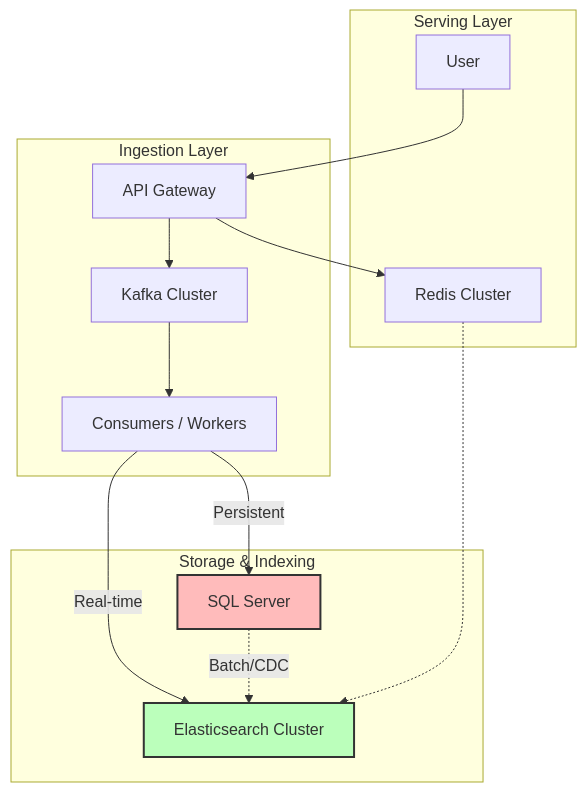
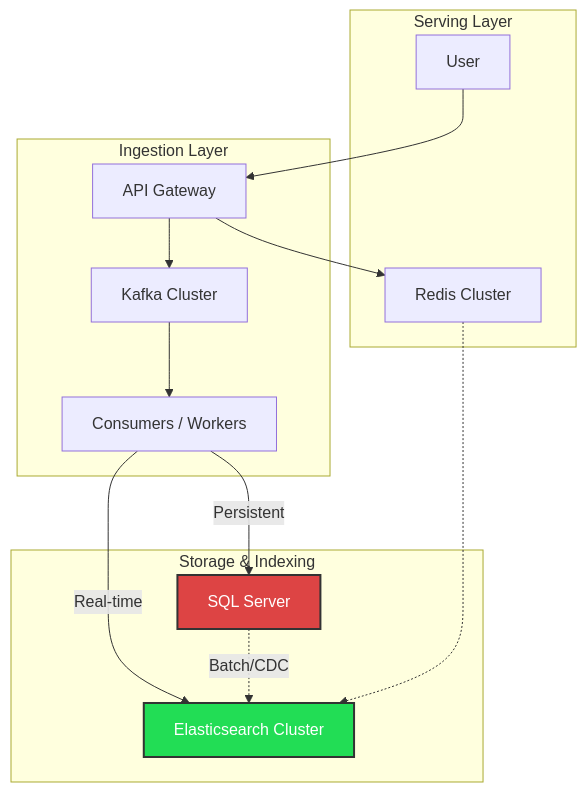
One commit to dadenegarco/serach-engine changed the diagram in consultation_summary.md. Above: the diagram before and after it, drawn with Mermaid. The commit also changed other lines of this file, not shown here.

````diff
--- a/consultation_summary.md
+++ b/consultation_summary.md
@@ -23,22 +23,22 @@
 ```mermaid
 graph TB
     subgraph "Ingestion Layer"
         API[API Gateway] --> K[Kafka Cluster]
         K --> C[Consumers / Workers]
     end
 
     subgraph "Storage & Indexing"
         C -->|Real-time| ES[Elasticsearch Cluster]
         C -->|Persistent| SQL[SQL Server]
         SQL -.->|Batch/CDC| ES
     end
 
     subgraph "Serving Layer"
         User --> API
         API --> Cache[Redis Cluster]
         Cache -.-> ES
     end
 
-    style ES fill:#bfb,stroke:#333,stroke-width:2px
-    style SQL fill:#fbb,stroke:#333,stroke-width:2px
+    style ES fill:#2d5,stroke:#333,stroke-width:2px,color:#fff
+    style SQL fill:#d44,stroke:#333,stroke-width:2px,color:#fff
 ```
````
